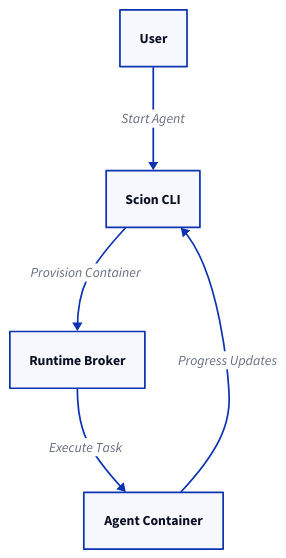
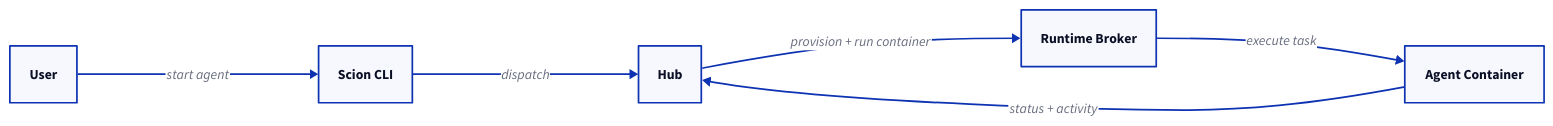
The diagram in docs-site/src/content/docs/overview.md (GoogleCloudPlatform/scion), drawn with D2 before and after one commit. The commit also changed other lines of this file and 3 other files, not shown here.

````diff
--- a/docs-site/src/content/docs/overview.md
+++ b/docs-site/src/content/docs/overview.md
@@ -31,6 +51,8 @@
 ```d2
-User -> Scion CLI: Start Agent
-Scion CLI -> Runtime Broker: Provision Container
-Runtime Broker -> Agent Container: Execute Task
-Agent Container -> Scion CLI: Progress Updates
+direction: right
+User -> Scion CLI: start agent
+Scion CLI -> Hub: dispatch
+Hub -> Runtime Broker: provision + run container
+Runtime Broker -> Agent Container: execute task
+Agent Container -> Hub: status + activity
 ```
````
